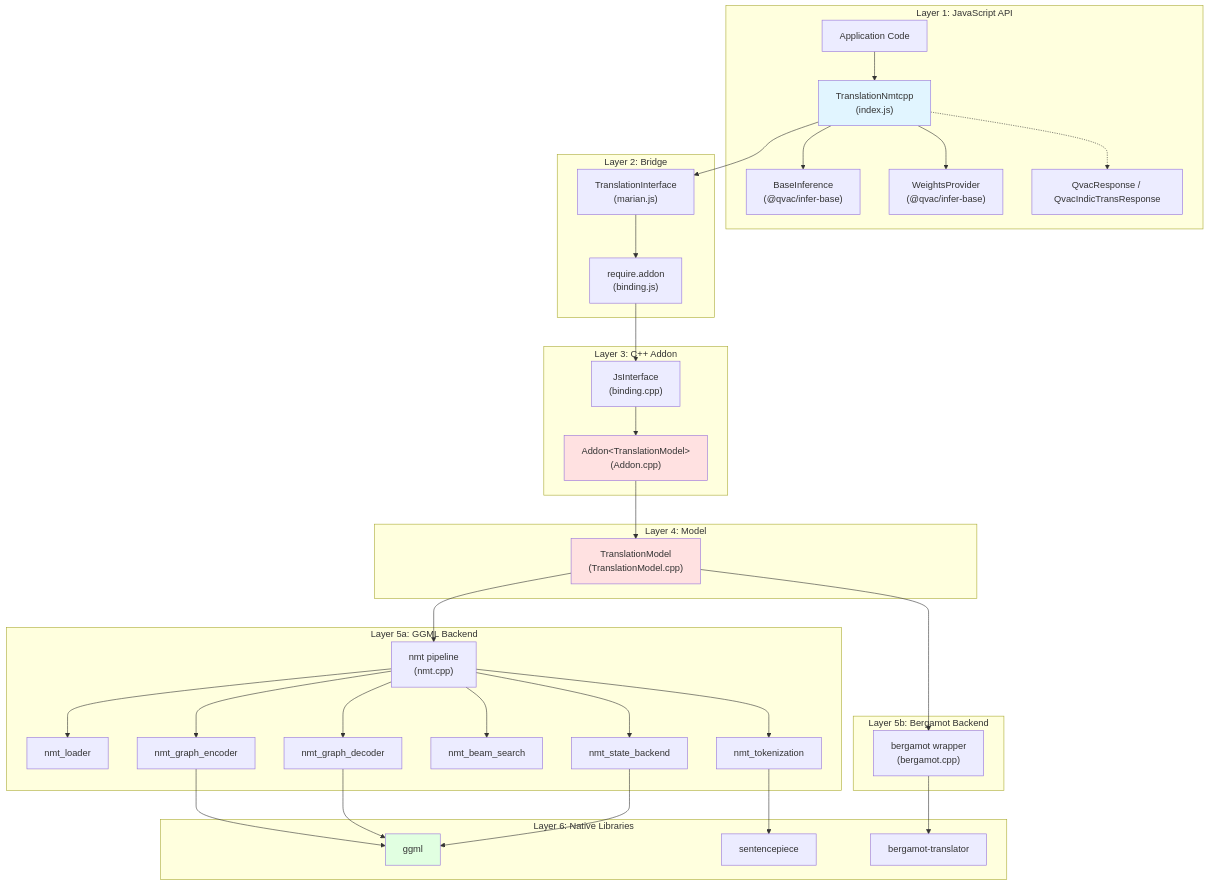
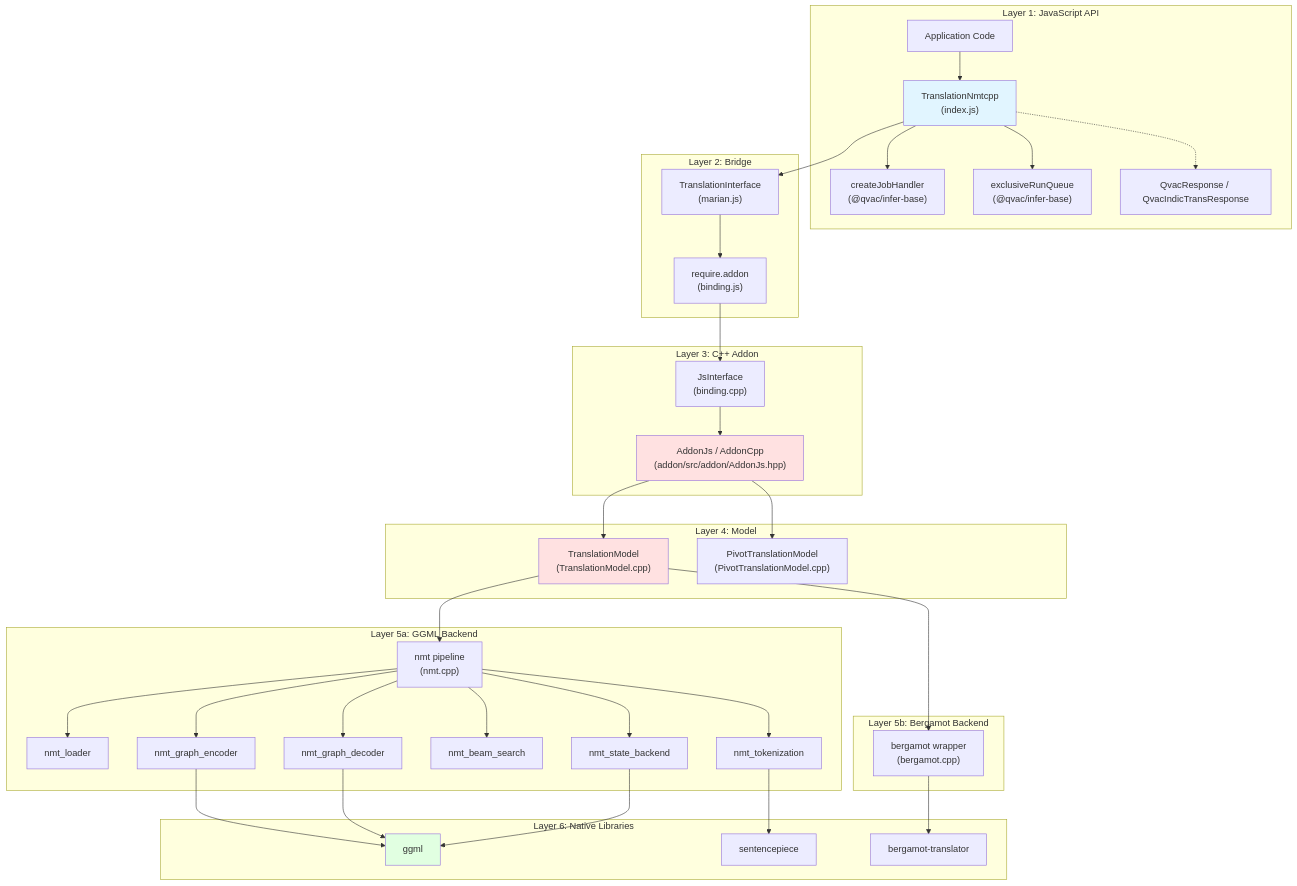
Before and after one commit to tetherto/qvac: the third of 4 diagrams in packages/translation-nmtcpp/docs/architecture.md, drawn with Mermaid. The commit also changed other lines of this file and 7 other files, not shown here.

First line of the commit message:
doc: refresh inference addon architecture docs

````diff
--- a/packages/translation-nmtcpp/docs/architecture.md
+++ b/packages/translation-nmtcpp/docs/architecture.md
@@ -244,76 +248,78 @@
 ```mermaid
 graph TB
     subgraph "Layer 1: JavaScript API"
         APP["Application Code"]
         NMTCPP["TranslationNmtcpp<br/>(index.js)"]
-        BASEINF["BaseInference<br/>(@qvac/infer-base)"]
-        WEIGHTSPR["WeightsProvider<br/>(@qvac/infer-base)"]
+        JOBH["createJobHandler<br/>(@qvac/infer-base)"]
+        RUNQ["exclusiveRunQueue<br/>(@qvac/infer-base)"]
         RESPONSE["QvacResponse / QvacIndicTransResponse"]
     end
 
     subgraph "Layer 2: Bridge"
         TRANS_IF["TranslationInterface<br/>(marian.js)"]
         BINDING_JS["require.addon<br/>(binding.js)"]
     end
 
     subgraph "Layer 3: C++ Addon"
         BINDING_CPP["JsInterface<br/>(binding.cpp)"]
-        ADDON["Addon&lt;TranslationModel&gt;<br/>(Addon.cpp)"]
+        ADDON["AddonJs / AddonCpp<br/>(addon/src/addon/AddonJs.hpp)"]
     end
 
     subgraph "Layer 4: Model"
         TMODEL["TranslationModel<br/>(TranslationModel.cpp)"]
+        PIVOT["PivotTranslationModel<br/>(PivotTranslationModel.cpp)"]
     end
 
     subgraph "Layer 5a: GGML Backend"
         NMT["nmt pipeline<br/>(nmt.cpp)"]
         LOADER["nmt_loader"]
         ENCODER["nmt_graph_encoder"]
         DECODER["nmt_graph_decoder"]
         BEAM["nmt_beam_search"]
         TOKENIZE["nmt_tokenization"]
         STATE["nmt_state_backend"]
     end
 
     subgraph "Layer 5b: Bergamot Backend"
         BERG["bergamot wrapper<br/>(bergamot.cpp)"]
     end
 
     subgraph "Layer 6: Native Libraries"
         GGML["ggml"]
         SPM["sentencepiece"]
         BERG_LIB["bergamot-translator"]
     end
 
     APP --> NMTCPP
-    NMTCPP --> BASEINF
-    NMTCPP --> WEIGHTSPR
+    NMTCPP --> JOBH
+    NMTCPP --> RUNQ
     NMTCPP --> TRANS_IF
     NMTCPP -.-> RESPONSE
 
     TRANS_IF --> BINDING_JS
     BINDING_JS --> BINDING_CPP
 
     BINDING_CPP --> ADDON
     ADDON --> TMODEL
+    ADDON --> PIVOT
 
     TMODEL --> NMT
     TMODEL --> BERG
     NMT --> LOADER
     NMT --> ENCODER
     NMT --> DECODER
     NMT --> BEAM
     NMT --> TOKENIZE
     NMT --> STATE
 
     ENCODER --> GGML
     DECODER --> GGML
     STATE --> GGML
     TOKENIZE --> SPM
     BERG --> BERG_LIB
 
     style NMTCPP fill:#e1f5ff
     style ADDON fill:#ffe1e1
     style TMODEL fill:#ffe1e1
     style GGML fill:#e1ffe1
 ```
````
